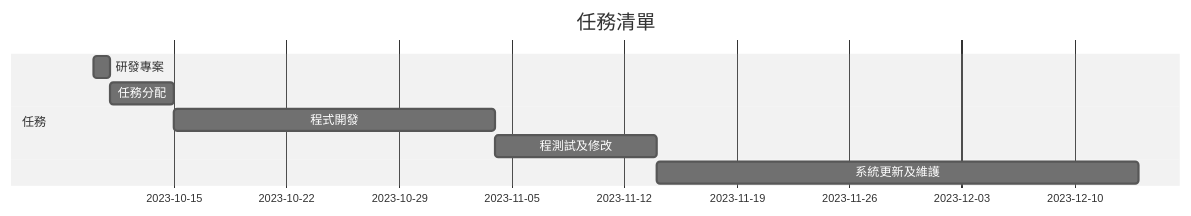
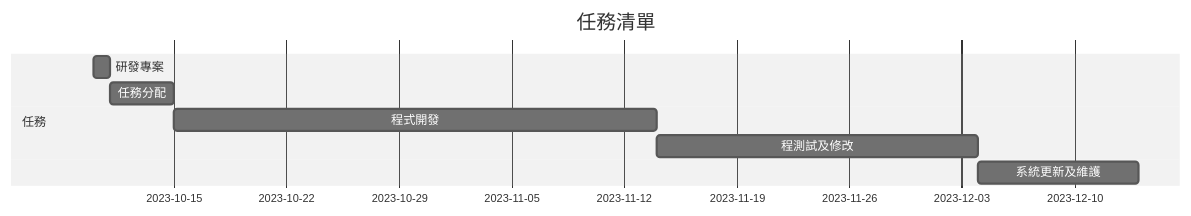
The diagram in README.md (LinBroChen/C110118157-), drawn with Mermaid (neutral theme) before and after one commit.

````diff
--- a/README.md
+++ b/README.md
@@ -42,10 +42,10 @@
 ```mermaid
 gantt
     title 任務清單
     section 任務
     研發專案           :a1, 2023-10-10, 1d
     任務分配           :a2, after a1  , 4d
-    程式開發           :a3, after a2  , 20d
-    程測試及修改           :a4, after a3  , 10d 
-    系統更新及維護           :a5, after a4  , 30d
+    程式開發           :a3, after a2  , 30d
+    程測試及修改           :a4, after a3  , 20d 
+    系統更新及維護           :a5, after a4  , 10d
 ``` 
````
